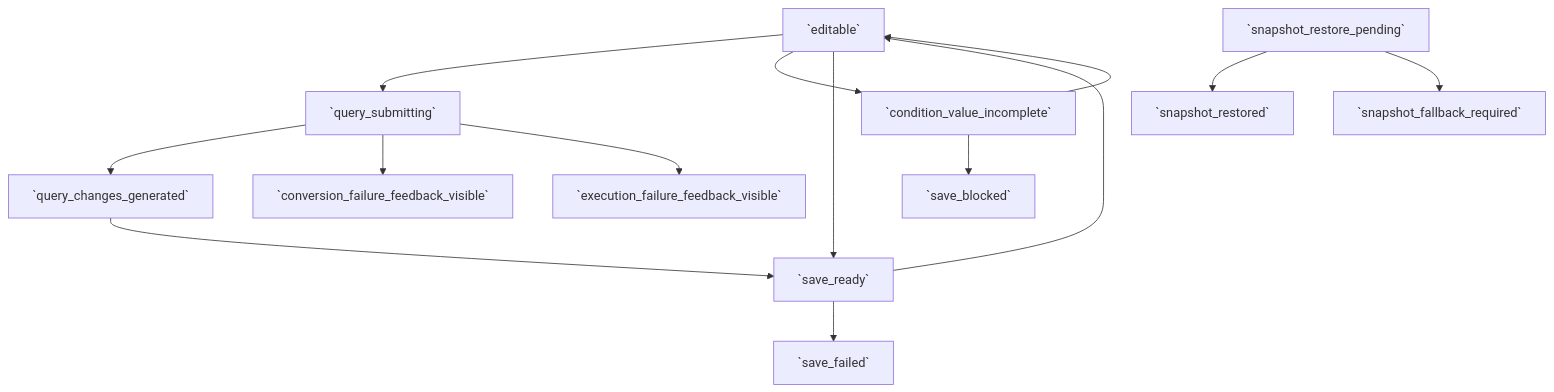
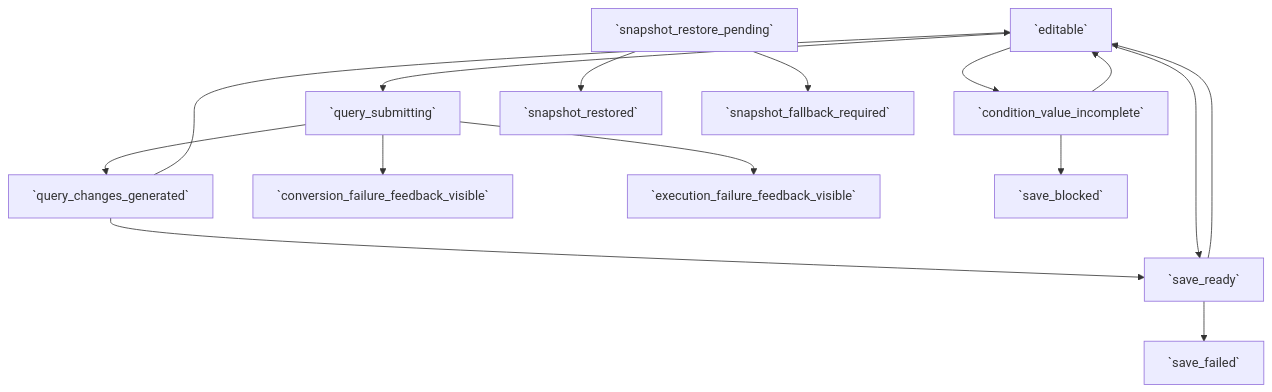
The diagram in PRODUCT/05_FEATURE_SPECS/rcl/flows/collection_filter_editing_flow.md (voyager-labs/VoyagerSwiftACP), drawn with Mermaid before and after one commit. The commit also changed 10 other files, not shown here.

````diff
--- a/PRODUCT/05_FEATURE_SPECS/rcl/flows/collection_filter_editing_flow.md
+++ b/PRODUCT/05_FEATURE_SPECS/rcl/flows/collection_filter_editing_flow.md
@@ -27,16 +27,17 @@
 ```mermaid
 flowchart TD
   A[`editable`] --> B[`query_submitting`]
   B --> C[`query_changes_generated`]
   B --> D[`conversion_failure_feedback_visible`]
   B --> E[`execution_failure_feedback_visible`]
+  C --> A
   C --> F[`save_ready`]
   A --> G[`condition_value_incomplete`]
   G --> A
   A --> F
   G --> H[`save_blocked`]
   F --> A
   F --> I[`save_failed`]
   J[`snapshot_restore_pending`] --> K[`snapshot_restored`]
   J --> L[`snapshot_fallback_required`]
 ```
````
